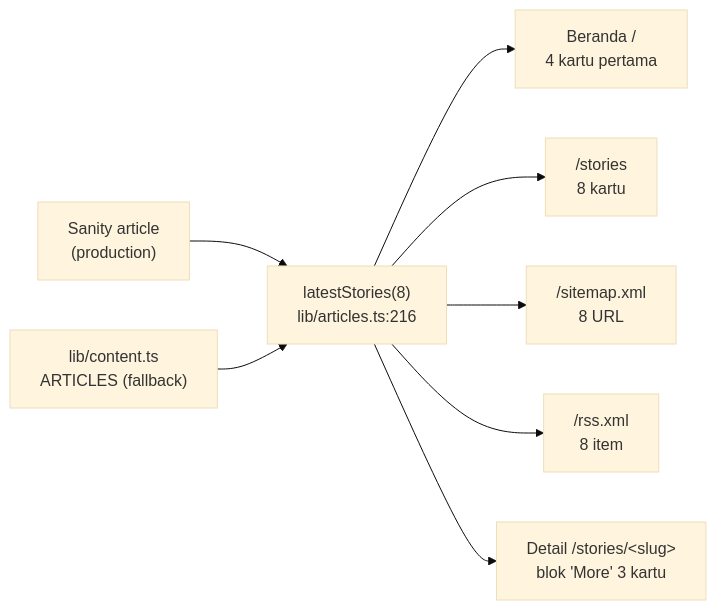
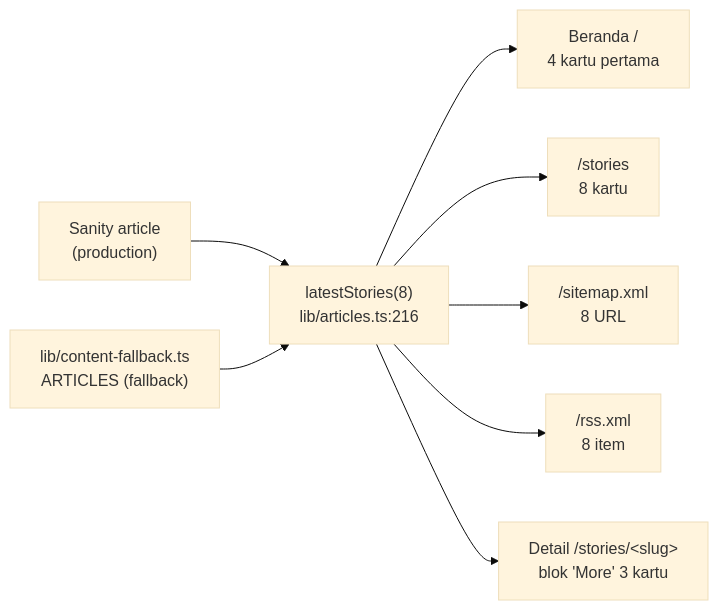
Before and after one commit to albiruby/melodialam-website: the fourth of 6 diagrams in docs/ARCHITECTURE.md, drawn with Mermaid (base theme). The commit also changed other lines of this file and 53 other files, not shown here.

````diff
--- a/docs/ARCHITECTURE.md
+++ b/docs/ARCHITECTURE.md
@@ -555,10 +555,10 @@
 ```mermaid
 flowchart LR
   S["Sanity article<br/>(production)"] --> L["latestStories(8)<br/>lib/articles.ts:216"]
-  F["lib/content.ts<br/>ARTICLES (fallback)"] --> L
+  F["lib/content-fallback.ts<br/>ARTICLES (fallback)"] --> L
   L --> H["Beranda /<br/>4 kartu pertama"]
   L --> ST["/stories<br/>8 kartu"]
   L --> SM["/sitemap.xml<br/>8 URL"]
   L --> RS["/rss.xml<br/>8 item"]
   L --> MO["Detail /stories/&lt;slug&gt;<br/>blok 'More' 3 kartu"]
 ```
````
